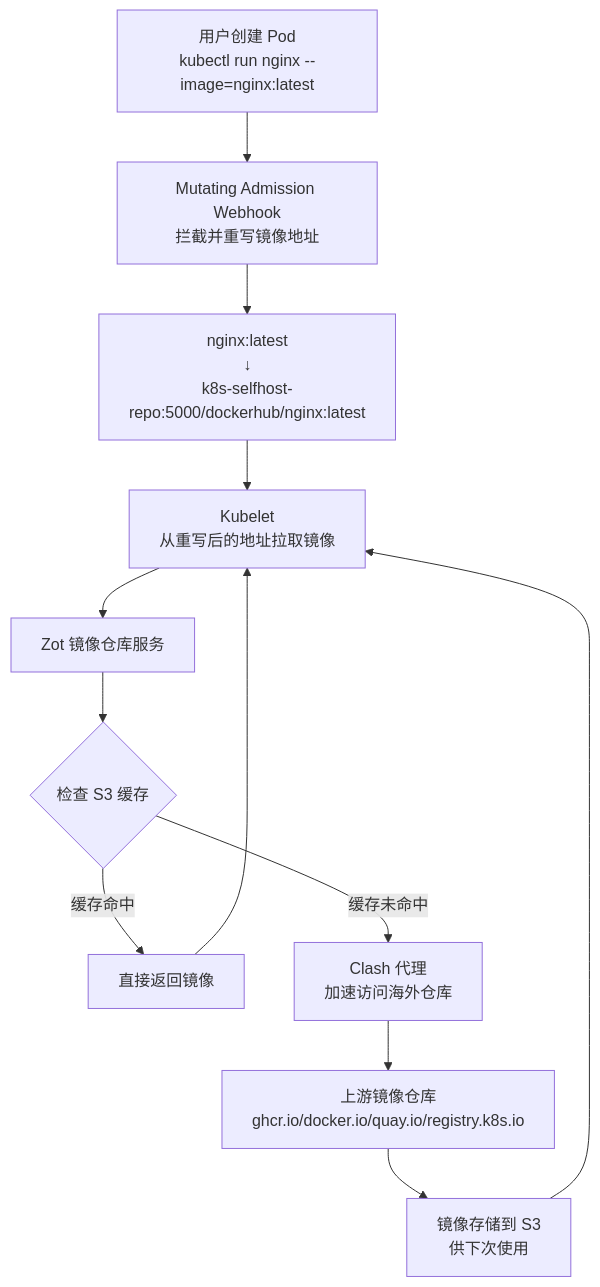
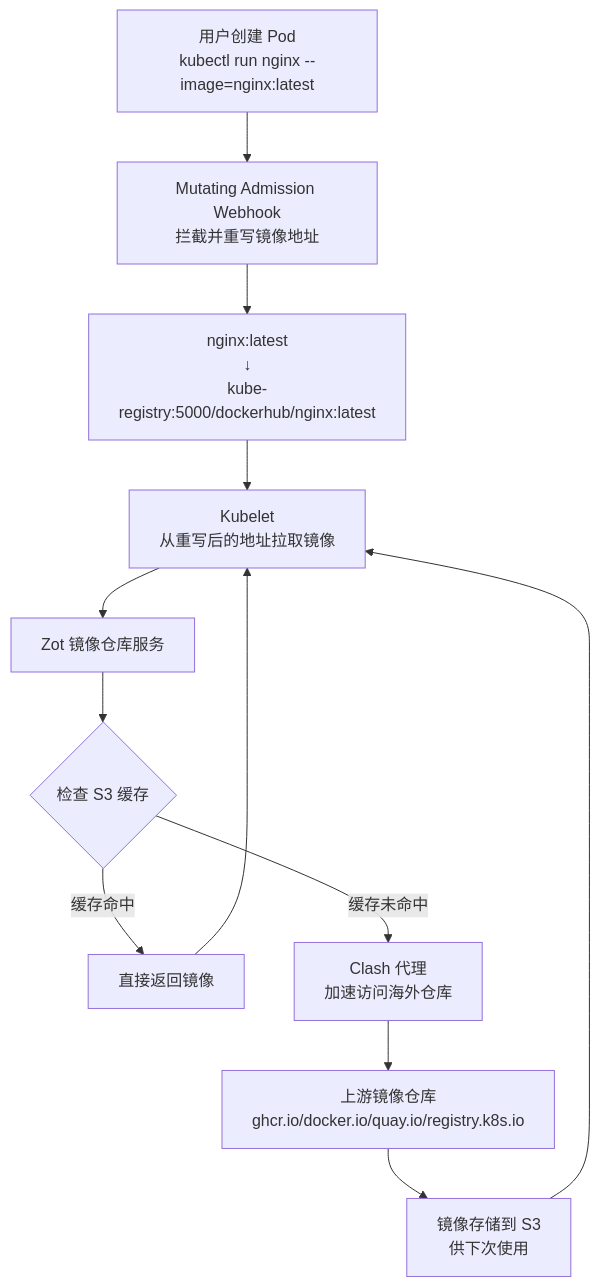
One commit to qiudeng7/kube-registry changed the diagram in readme.md. Above: the diagram before and after it, drawn with Mermaid. The commit also changed other lines of this file and 12 other files, not shown here.

````diff
--- a/readme.md
+++ b/readme.md
@@ -7,14 +8,14 @@
 ```mermaid
 graph TD
     A[用户创建 Pod<br/>kubectl run nginx --image=nginx:latest] --> B[Mutating Admission Webhook<br/>拦截并重写镜像地址]
-    B --> C[nginx:latest<br/>↓<br/>k8s-selfhost-repo:5000/dockerhub/nginx:latest]
+    B --> C[nginx:latest<br/>↓<br/>kube-registry:5000/dockerhub/nginx:latest]
     C --> D[Kubelet<br/>从重写后的地址拉取镜像]
     D --> E[Zot 镜像仓库服务]
     E --> F{检查 S3 缓存}
     F -->|缓存命中| G[直接返回镜像]
     F -->|缓存未命中| H[Clash 代理<br/>加速访问海外仓库]
     H --> I[上游镜像仓库<br/>ghcr.io/docker.io/quay.io/registry.k8s.io]
     I --> J[镜像存储到 S3<br/>供下次使用]
     J --> D
     G --> D
 ```
````
